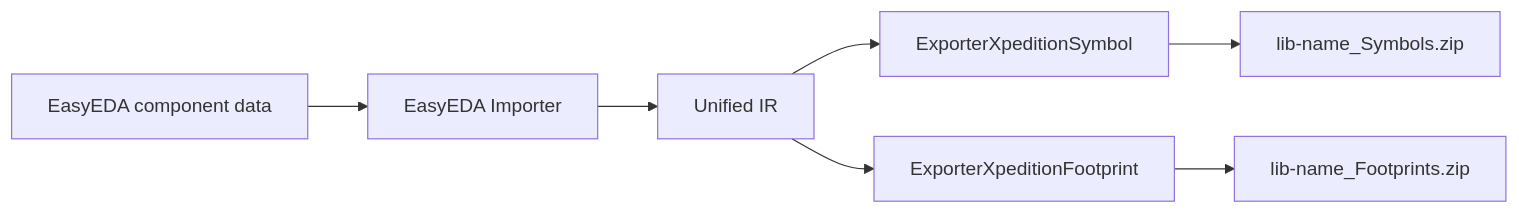
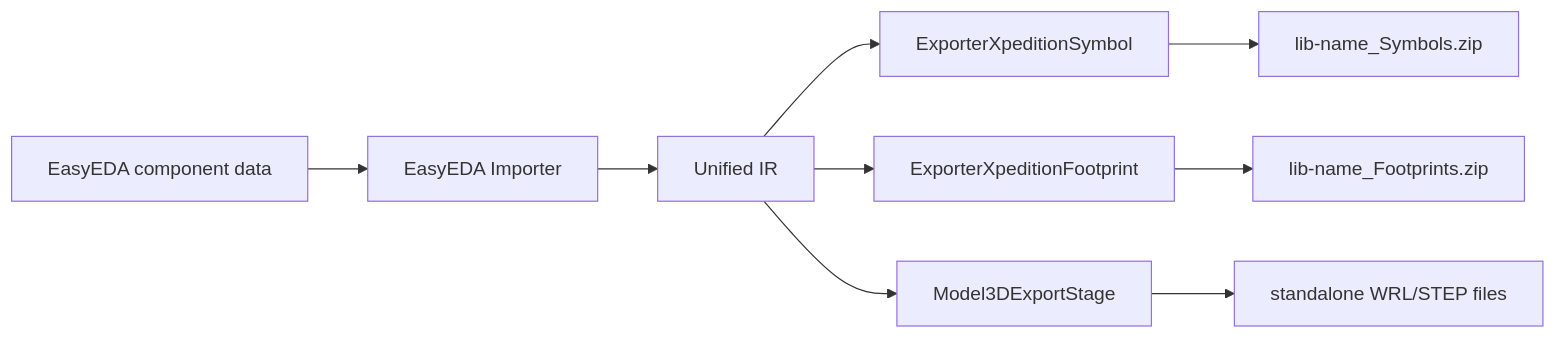
Before and after one commit to EasyKiconverter/EasyKiConverter: the diagram in docs/developer/XPEDITION_EXPORT_en.md, drawn with Mermaid. The commit also changed other lines of this file and 10 other files, not shown here.

````diff
--- a/docs/developer/XPEDITION_EXPORT_en.md
+++ b/docs/developer/XPEDITION_EXPORT_en.md
@@ -19,9 +19,11 @@
 ```mermaid
 flowchart LR
     EasyEDA[EasyEDA component data] --> Importer[EasyEDA Importer]
     Importer --> IR[Unified IR]
     IR --> Symbol[ExporterXpeditionSymbol]
     IR --> Footprint[ExporterXpeditionFootprint]
+    IR --> Model3D[Model3DExportStage]
     Symbol --> SymbolZip[lib-name_Symbols.zip]
     Footprint --> FootprintZip[lib-name_Footprints.zip]
+    Model3D --> Models[standalone WRL/STEP files]
 ```
````
